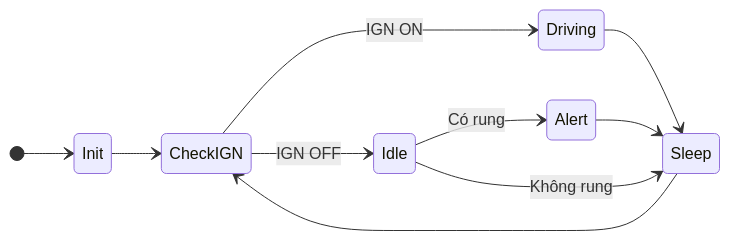
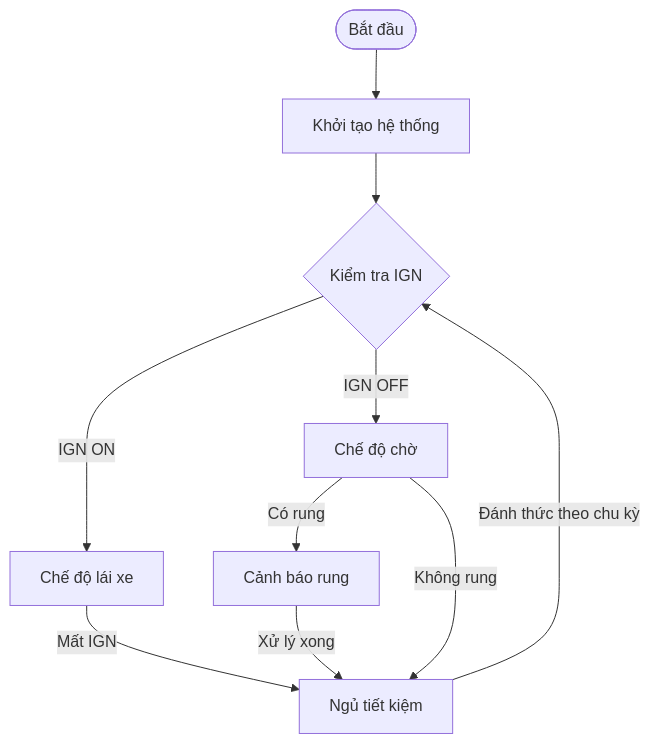
One commit to anmh1205/IoT_Vehicle_Tracking_System changed the diagram in resources/reports/thesis/final/assets/uml/04-chuong-3-giai-phap-firmware-hinh-3-7.mmd. Above: the diagram before and after it, drawn with Mermaid. The commit also changed 135 other files, not shown here.

```diff
--- a/resources/reports/thesis/final/assets/uml/04-chuong-3-giai-phap-firmware-hinh-3-7.mmd
+++ b/resources/reports/thesis/final/assets/uml/04-chuong-3-giai-phap-firmware-hinh-3-7.mmd
@@ -1,11 +1,10 @@
-stateDiagram-v2
-    direction LR
-    [*] --> Init
-    Init --> CheckIGN
-    CheckIGN --> Driving: IGN ON
-    CheckIGN --> Idle: IGN OFF
-    Idle --> Alert: Có rung
-    Idle --> Sleep: Không rung
-    Driving --> Sleep
-    Alert --> Sleep
-    Sleep --> CheckIGN
+flowchart TB
+    Start(["Bắt đầu"]) --> Init["Khởi tạo hệ thống"]
+    Init --> CheckIGN{"Kiểm tra IGN"}
+    CheckIGN -->|IGN ON| Driving["Chế độ lái xe"]
+    CheckIGN -->|IGN OFF| Idle["Chế độ chờ"]
+    Idle -->|Có rung| Alert["Cảnh báo rung"]
+    Idle -->|Không rung| Sleep["Ngủ tiết kiệm"]
+    Driving -->|Mất IGN| Sleep
+    Alert -->|Xử lý xong| Sleep
+    Sleep -->|Đánh thức theo chu kỳ| CheckIGN
```
